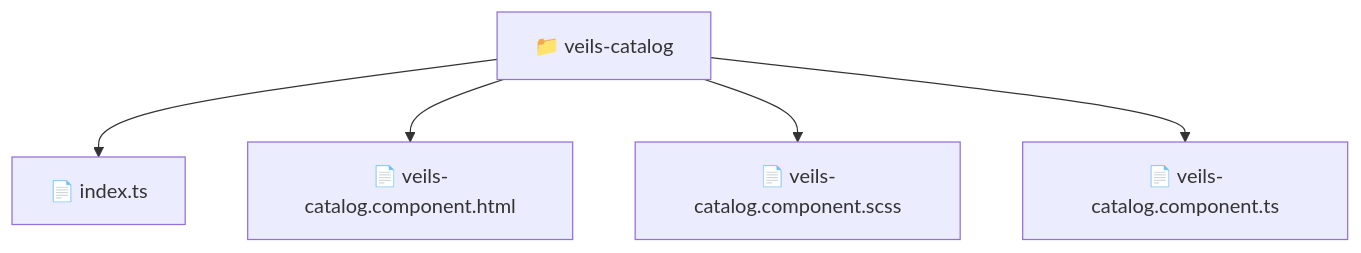
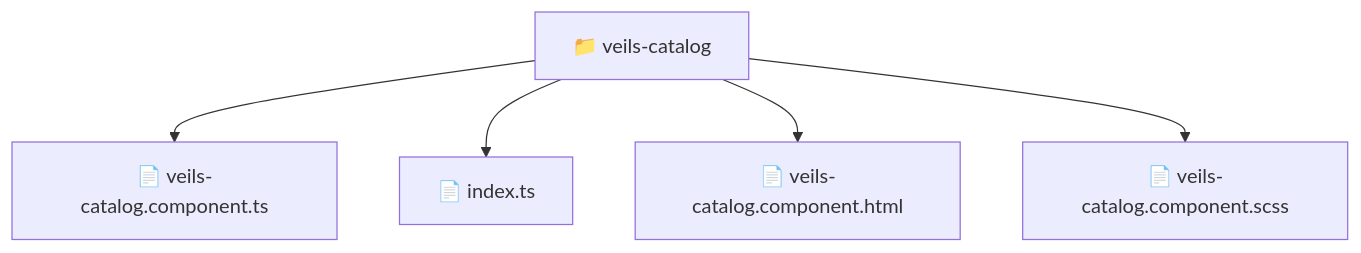
One commit to beginwebdev2002/fullstack-mavluda changed the diagram in frontend/src/pages/veils-catalog/README.md. Above: the diagram before and after it, drawn with Mermaid. The commit also changed other lines of this file and 164 other files, not shown here.

First line of the commit message:
docs: generate robust autonomous architectural documentation

````diff
--- a/frontend/src/pages/veils-catalog/README.md
+++ b/frontend/src/pages/veils-catalog/README.md
@@ -11,8 +11,8 @@
 ```mermaid
 graph TD
-  Root["📁 veils-catalog"]
-  Root --> index_ts["📄 index.ts"]
-  Root --> veils_catalog_component_html["📄 veils-catalog.component.html"]
-  Root --> veils_catalog_component_scss["📄 veils-catalog.component.scss"]
-  Root --> veils_catalog_component_ts["📄 veils-catalog.component.ts"]
+    f_veils_catalog["📁 veils-catalog"]
+    f_veils_catalog --> f_veils_catalog_component_ts["📄 veils-catalog.component.ts"]
+    f_veils_catalog --> f_index_ts["📄 index.ts"]
+    f_veils_catalog --> f_veils_catalog_component_html["📄 veils-catalog.component.html"]
+    f_veils_catalog --> f_veils_catalog_component_scss["📄 veils-catalog.component.scss"]
 ```
````
